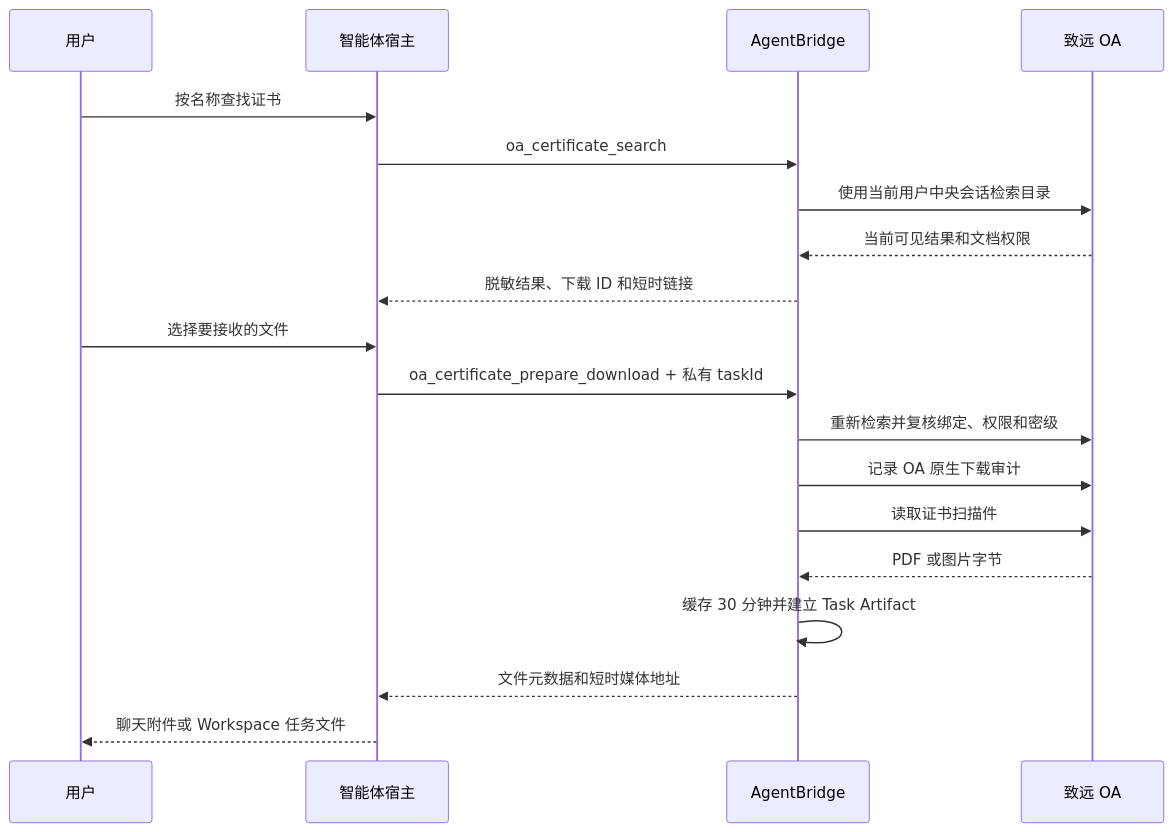
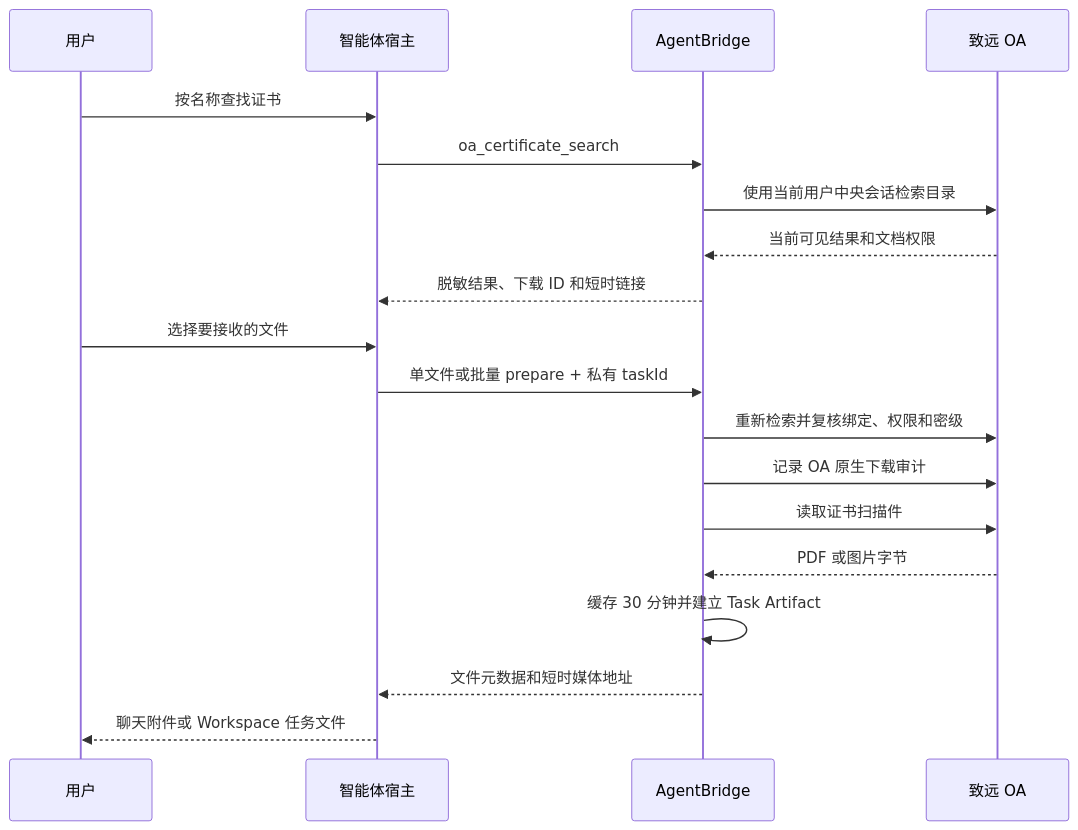
The diagram in docs/oa-certificate-document-download.md (guomxin/cli-helper), drawn with Mermaid before and after one commit. The commit also changed other lines of this file and 27 other files, not shown here.

````diff
--- a/docs/oa-certificate-document-download.md
+++ b/docs/oa-certificate-document-download.md
@@ -80,22 +83,22 @@
 ```mermaid
 sequenceDiagram
     participant U as 用户
     participant A as 智能体宿主
     participant B as AgentBridge
     participant O as 致远 OA
 
     U->>A: 按名称查找证书
     A->>B: oa_certificate_search
     B->>O: 使用当前用户中央会话检索目录
     O-->>B: 当前可见结果和文档权限
     B-->>A: 脱敏结果、下载 ID 和短时链接
     U->>A: 选择要接收的文件
-    A->>B: oa_certificate_prepare_download + 私有 taskId
+    A->>B: 单文件或批量 prepare + 私有 taskId
     B->>O: 重新检索并复核绑定、权限和密级
     B->>O: 记录 OA 原生下载审计
     B->>O: 读取证书扫描件
     O-->>B: PDF 或图片字节
     B->>B: 缓存 30 分钟并建立 Task Artifact
     B-->>A: 文件元数据和短时媒体地址
     A-->>U: 聊天附件或 Workspace 任务文件
 ```
````
